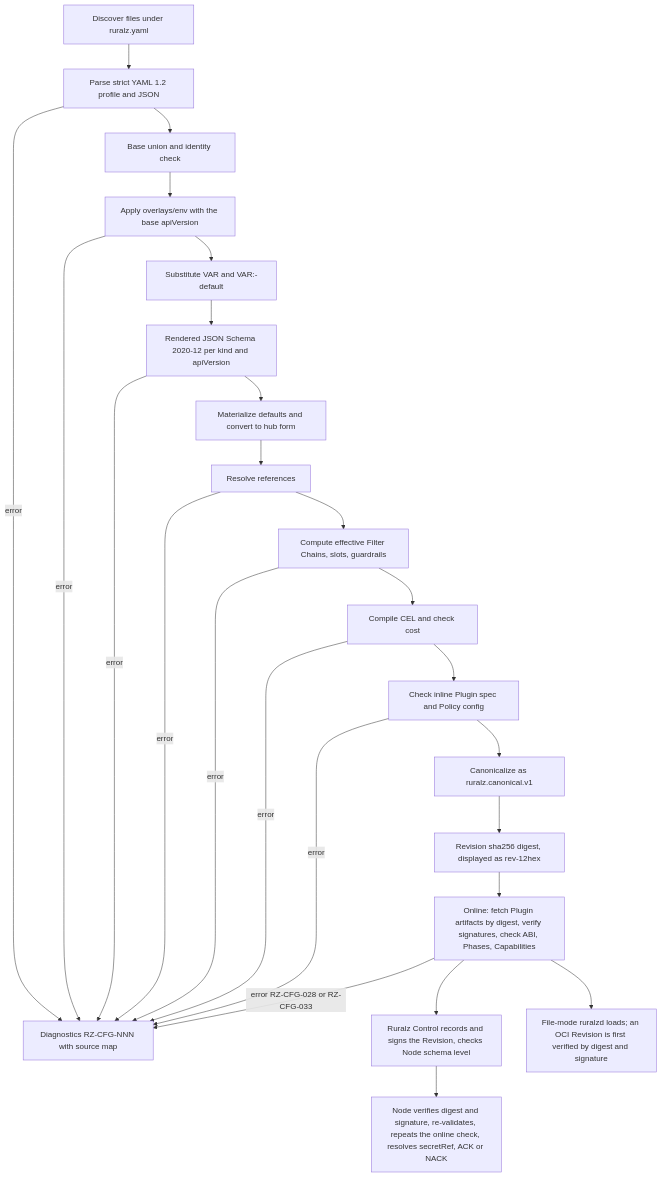
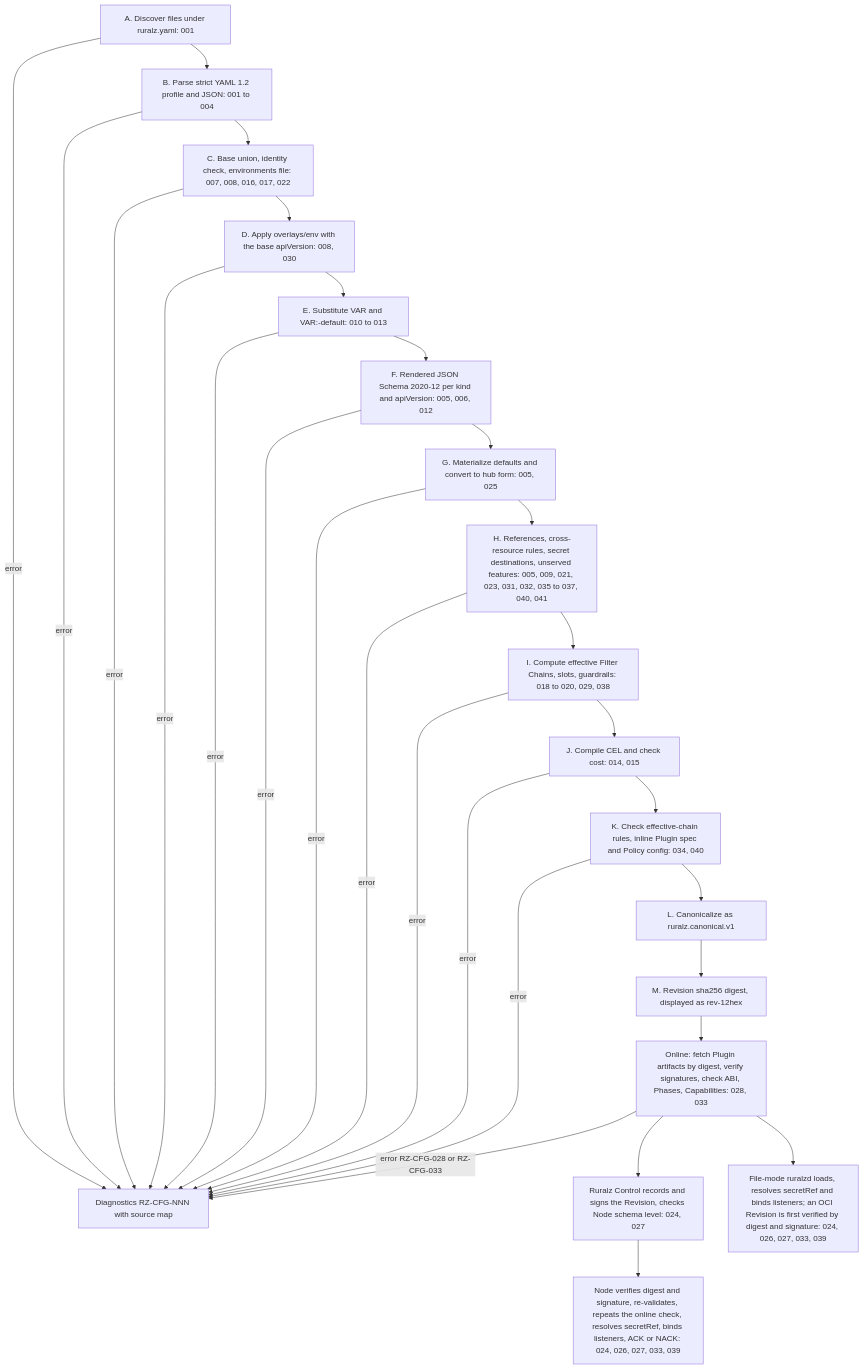
Before and after one commit to ravindu-rev/ruralz: the third of 3 diagrams in docs/architecture/02-configuration-model.md, drawn with Mermaid. The commit also changed other lines of this file and 3 other files, not shown here.

````diff
--- a/docs/architecture/02-configuration-model.md
+++ b/docs/architecture/02-configuration-model.md
@@ -817,27 +842,31 @@
 ```mermaid
 flowchart TD
-    A["Discover files under ruralz.yaml"] --> B["Parse strict YAML 1.2 profile and JSON"]
-    B --> C["Base union and identity check"]
-    C --> D["Apply overlays/env with the base apiVersion"]
-    D --> E["Substitute VAR and VAR:-default"]
-    E --> F["Rendered JSON Schema 2020-12 per kind and apiVersion"]
-    F --> G["Materialize defaults and convert to hub form"]
-    G --> H["Resolve references"]
-    H --> I["Compute effective Filter Chains, slots, guardrails"]
-    I --> J["Compile CEL and check cost"]
-    J --> K["Check inline Plugin spec and Policy config"]
-    K --> L["Canonicalize as ruralz.canonical.v1"]
-    L --> M["Revision sha256 digest, displayed as rev-12hex"]
-    B -- error --> X["Diagnostics RZ-CFG-NNN with source map"]
+    A["A. Discover files under ruralz.yaml: 001"] --> B["B. Parse strict YAML 1.2 profile and JSON: 001 to 004"]
+    B --> C["C. Base union, identity check, environments file: 007, 008, 016, 017, 022"]
+    C --> D["D. Apply overlays/env with the base apiVersion: 008, 030"]
+    D --> E["E. Substitute VAR and VAR:-default: 010 to 013"]
+    E --> F["F. Rendered JSON Schema 2020-12 per kind and apiVersion: 005, 006, 012"]
+    F --> G["G. Materialize defaults and convert to hub form: 005, 025"]
+    G --> H["H. References, cross-resource rules, secret destinations, unserved features: 005, 009, 021, 023, 031, 032, 035 to 037, 040, 041"]
+    H --> I["I. Compute effective Filter Chains, slots, guardrails: 018 to 020, 029, 038"]
+    I --> J["J. Compile CEL and check cost: 014, 015"]
+    J --> K["K. Check effective-chain rules, inline Plugin spec and Policy config: 034, 040"]
+    K --> L["L. Canonicalize as ruralz.canonical.v1"]
+    L --> M["M. Revision sha256 digest, displayed as rev-12hex"]
+    A -- error --> X["Diagnostics RZ-CFG-NNN with source map"]
+    B -- error --> X
+    C -- error --> X
     D -- error --> X
+    E -- error --> X
     F -- error --> X
+    G -- error --> X
     H -- error --> X
     I -- error --> X
     J -- error --> X
     K -- error --> X
-    M --> Q["Online: fetch Plugin artifacts by digest, verify signatures, check ABI, Phases, Capabilities"]
+    M --> Q["Online: fetch Plugin artifacts by digest, verify signatures, check ABI, Phases, Capabilities: 028, 033"]
     Q -- "error RZ-CFG-028 or RZ-CFG-033" --> X
-    Q --> N["Ruralz Control records and signs the Revision, checks Node schema level"]
-    Q --> O["File-mode ruralzd loads; an OCI Revision is first verified by digest and signature"]
-    N --> P["Node verifies digest and signature, re-validates, repeats the online check, resolves secretRef, ACK or NACK"]
+    Q --> N["Ruralz Control records and signs the Revision, checks Node schema level: 024, 027"]
+    Q --> O["File-mode ruralzd loads, resolves secretRef and binds listeners; an OCI Revision is first verified by digest and signature: 024, 026, 027, 033, 039"]
+    N --> P["Node verifies digest and signature, re-validates, repeats the online check, resolves secretRef, binds listeners, ACK or NACK: 024, 026, 027, 033, 039"]
 ```
````
